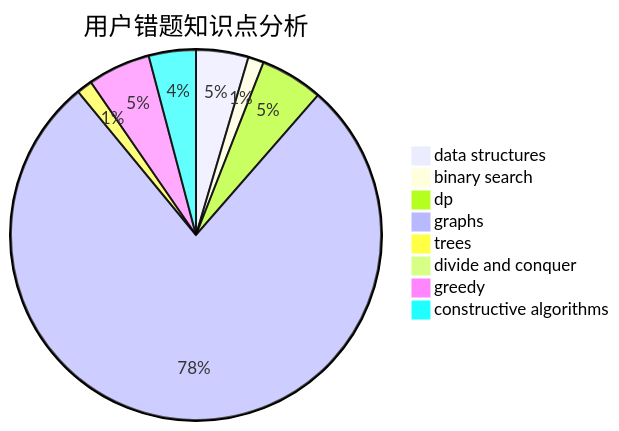
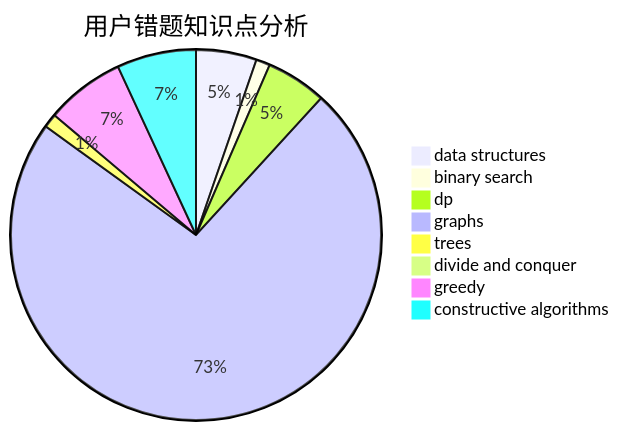
The third of 3 diagrams in docs/user/u2089.md (sherpahu/cfrs.github.io), drawn with Mermaid before and after one commit. The commit also changed other lines of this file and 2770 other files, not shown here.

````diff
--- a/docs/user/u2089.md
+++ b/docs/user/u2089.md
@@ -36,11 +36,11 @@
 ```mermaid
 pie title 用户错题知识点分析
-    "data structures" :  10
+    "data structures" :  13
     "binary search" :  3
-    "dp" :  12
-    "graphs" :  170
+    "dp" :  13
+    "graphs" :  180
     "trees" :  3
     "divide and conquer" :  0
-    "greedy" :  12
-    "constructive algorithms" :  9
+    "greedy" :  17
+    "constructive algorithms" :  17
 ```
````
